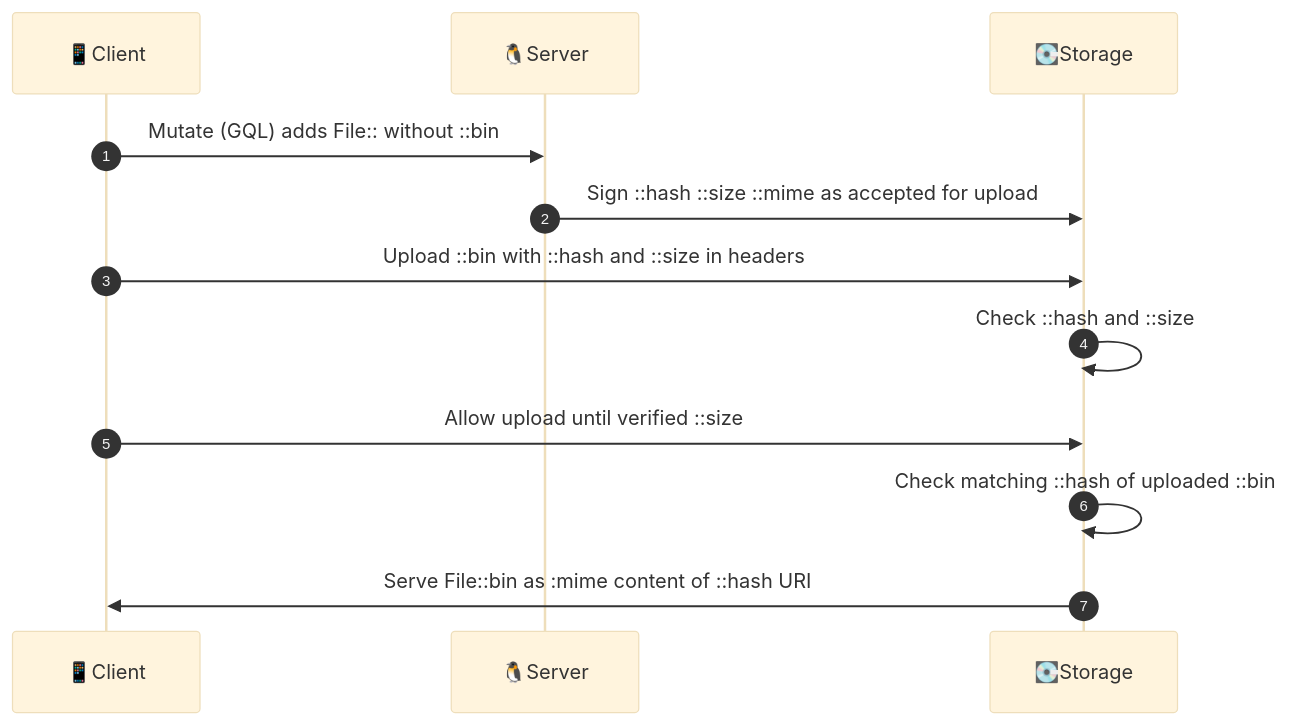
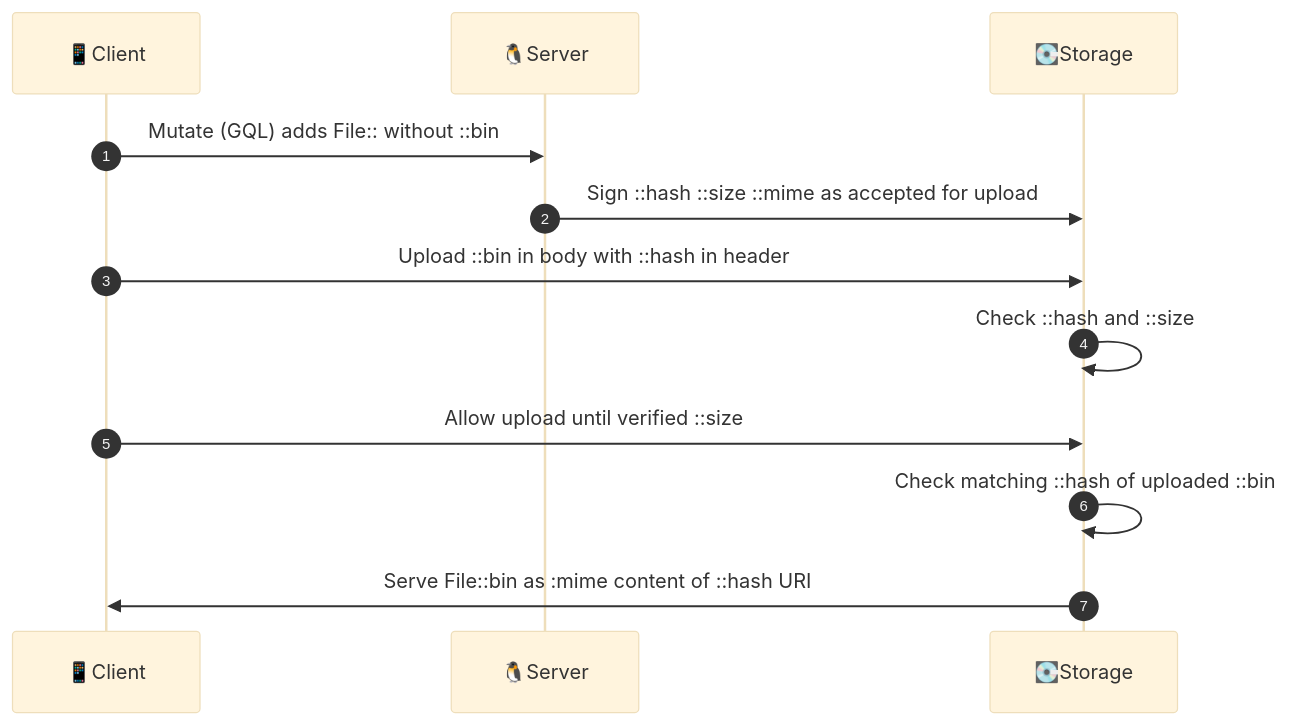
Before and after one commit to interfacerproject/zenflows-crypto: the second of 2 diagrams in README.md, drawn with Mermaid (base theme). The commit also changed other lines of this file, not shown here.

Commit message:
small update to upload protocol

````diff
--- a/README.md
+++ b/README.md
@@ -97,14 +97,14 @@
 ```mermaid
 sequenceDiagram
 autonumber
   participant C as 📱Client
   participant S as 🐧Server
   participant F as 💽Storage
   C->>S: Mutate (GQL) adds File:: without ::bin
   S->>F: Sign ::hash ::size ::mime as accepted for upload
-  C->>F: Upload ::bin with ::hash and ::size in headers
+  C->>F: Upload ::bin in body with ::hash in header
   F->>F: Check ::hash and ::size
   C->>F: Allow upload until verified ::size
   F->>F: Check matching ::hash of uploaded ::bin
   F->>C: Serve File::bin as :mime content of ::hash URI
 ```
````
